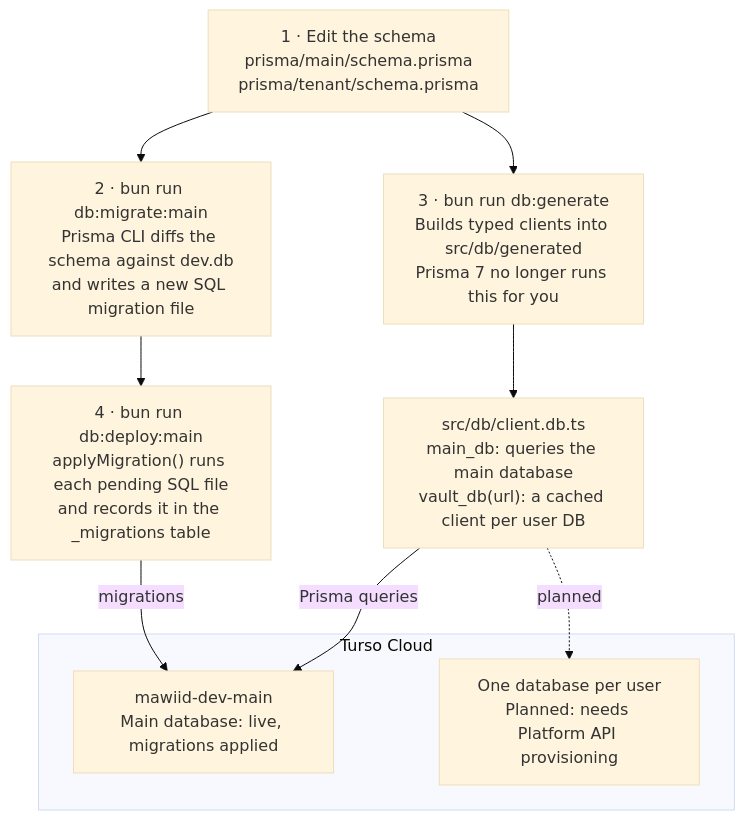
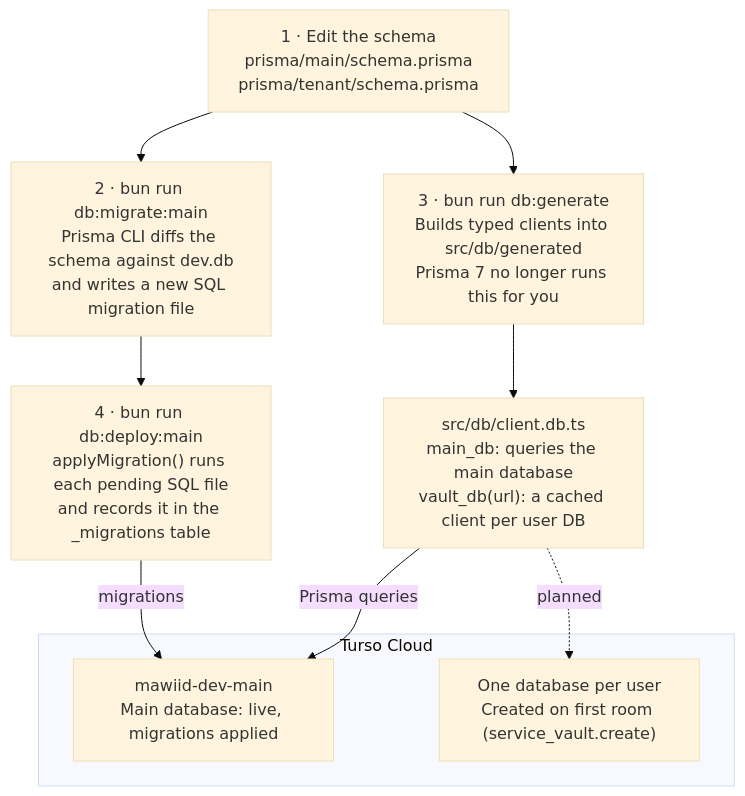
The diagram in docs/backend-database-setup.md (salimhm/mawiid), drawn with Mermaid (base theme) before and after one commit. The commit also changed other lines of this file and 8 other files, not shown here.

Commit message:
new accounts can create a room

````diff
--- a/docs/backend-database-setup.md
+++ b/docs/backend-database-setup.md
@@ -9,19 +9,19 @@
 ```mermaid
 flowchart TD
     A["1 · Edit the schema<br/>prisma/main/schema.prisma<br/>prisma/tenant/schema.prisma"]
     B["2 · bun run db:migrate:main<br/>Prisma CLI diffs the schema against dev.db<br/>and writes a new SQL migration file"]
     C["3 · bun run db:generate<br/>Builds typed clients into src/db/generated<br/>Prisma 7 no longer runs this for you"]
     D["4 · bun run db:deploy:main<br/>applyMigration() runs each pending SQL file<br/>and records it in the _migrations table"]
     E["src/db/client.db.ts<br/>main_db: queries the main database<br/>vault_db(url): a cached client per user DB"]
     subgraph Turso["Turso Cloud"]
         F["mawiid-dev-main<br/>Main database: live, migrations applied"]
-        G["One database per user<br/>Planned: needs Platform API provisioning"]
+        G["One database per user<br/>Created on first room (service_vault.create)"]
     end
     A --> B
     A --> C
     B --> D
     C --> E
     D -- migrations --> F
     E -- Prisma queries --> F
     E -. planned .-> G
 ```
````
